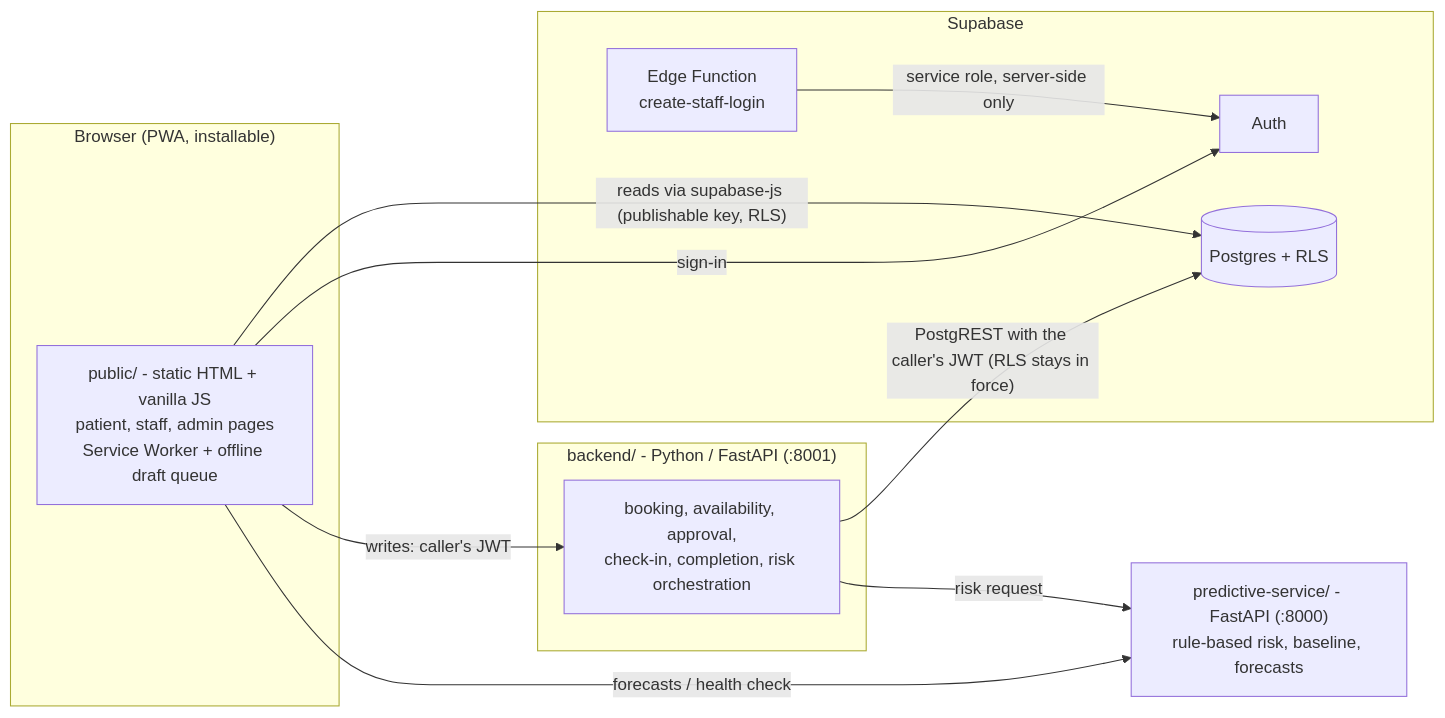
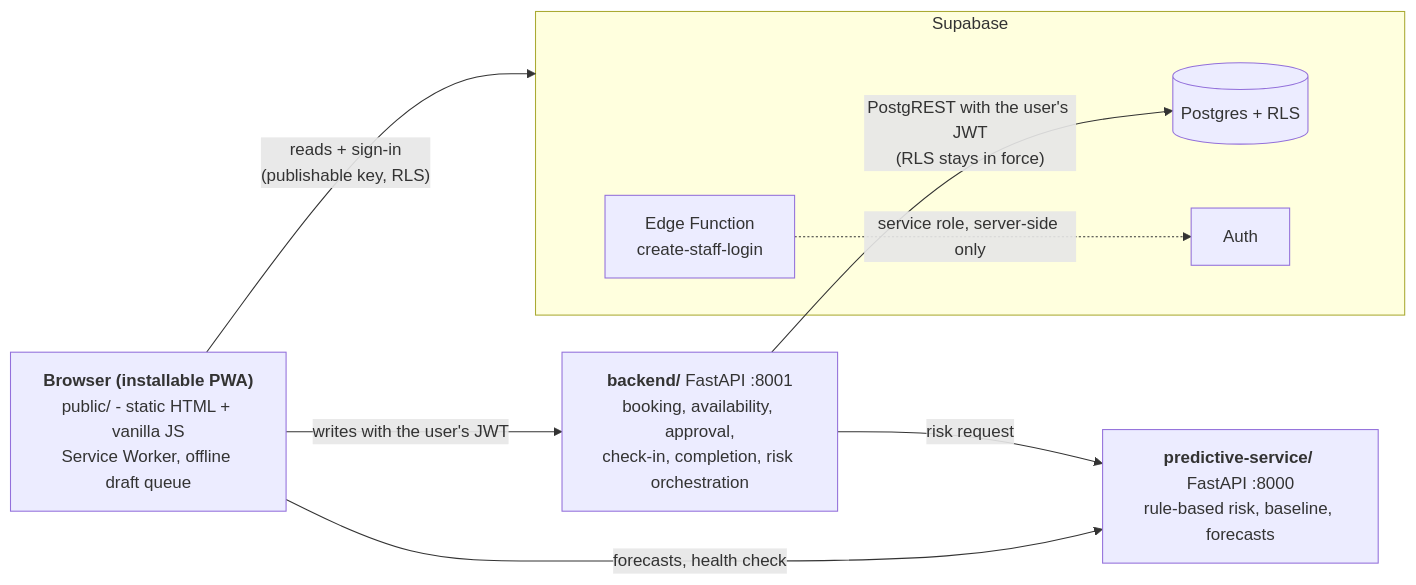
Before and after one commit to diabhelal/home-care-crm: the diagram in README.md, drawn with Mermaid. The commit also changed other lines of this file and 14 other files, not shown here.

Commit message:
docs: README QA pass: regenerated screenshots from current UI (desktop + mobile), simpler architecture diagram, corrected wording (deletes, review status)

````diff
--- a/README.md
+++ b/README.md
@@ -36,22 +40,17 @@
 ```mermaid
 flowchart LR
-  subgraph Browser["Browser (PWA, installable)"]
-    UI["public/ - static HTML + vanilla JS<br/>patient, staff, admin pages<br/>Service Worker + offline draft queue"]
-  end
-  subgraph Backend["backend/ - Python / FastAPI (:8001)"]
-    API["booking, availability, approval,<br/>check-in, completion, risk orchestration"]
-  end
-  PRED["predictive-service/ - FastAPI (:8000)<br/>rule-based risk, baseline, forecasts"]
+  UI["<b>Browser (installable PWA)</b><br/>public/ - static HTML + vanilla JS<br/>Service Worker, offline draft queue"]
+  API["<b>backend/</b> FastAPI :8001<br/>booking, availability, approval,<br/>check-in, completion, risk orchestration"]
+  PRED["<b>predictive-service/</b> FastAPI :8000<br/>rule-based risk, baseline, forecasts"]
   subgraph SB["Supabase"]
     PG[("Postgres + RLS")]
     AUTH["Auth"]
     EDGE["Edge Function<br/>create-staff-login"]
   end
-  UI -- "reads via supabase-js (publishable key, RLS)" --> PG
-  UI -- "sign-in" --> AUTH
-  UI -- "writes: caller's JWT" --> API
-  UI -- "forecasts / health check" --> PRED
-  API -- "PostgREST with the caller's JWT (RLS stays in force)" --> PG
+  UI -- "reads + sign-in<br/>(publishable key, RLS)" --> SB
+  UI -- "writes with the user's JWT" --> API
+  UI -- "forecasts, health check" --> PRED
+  API -- "PostgREST with the user's JWT<br/>(RLS stays in force)" --> PG
   API -- "risk request" --> PRED
-  EDGE -- "service role, server-side only" --> AUTH
+  EDGE -. "service role, server-side only" .-> AUTH
 ```
````
